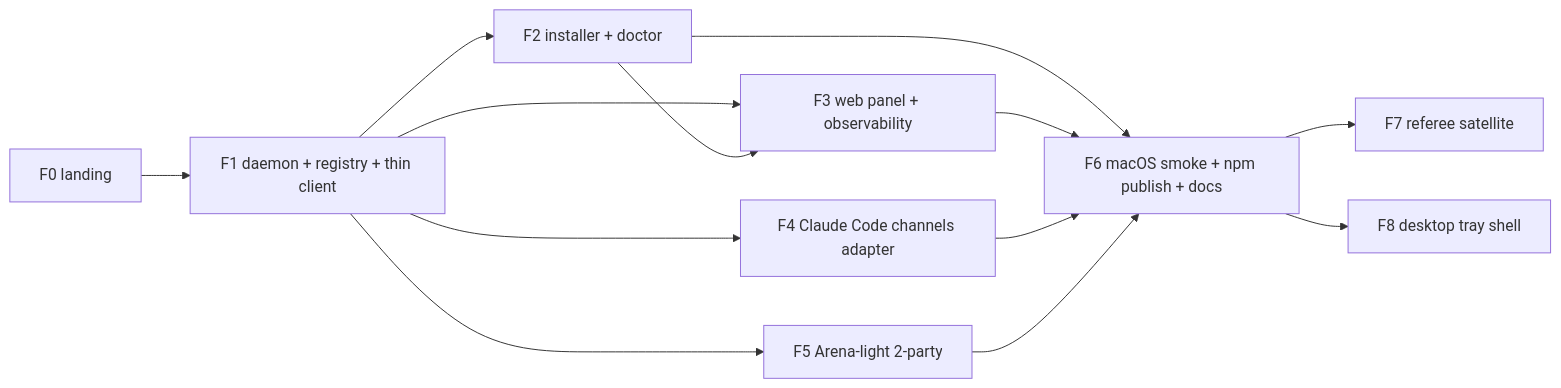
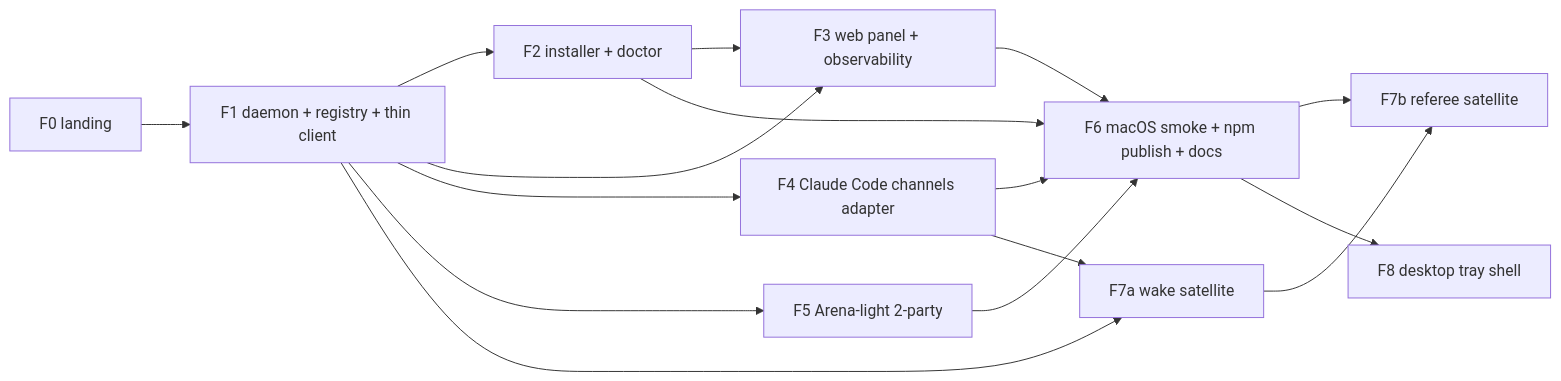
Before and after one commit to agentesinteligentesllm-oss/connmuta: the diagram in docs/07-plan/WORK-PLAN.md, drawn with Mermaid. The commit also changed other lines of this file and 13 other files, not shown here.

First line of the commit message:
docs(governance): sanction the wake satellite and its per-binding ladder (ADR-0032)

````diff
--- a/docs/07-plan/WORK-PLAN.md
+++ b/docs/07-plan/WORK-PLAN.md
@@ -18,15 +18,18 @@
 ```mermaid
 flowchart LR
   F0[F0 landing] --> F1[F1 daemon + registry + thin client]
   F1 --> F2[F2 installer + doctor]
   F1 --> F3[F3 web panel + observability]
   F2 --> F3
   F1 --> F4[F4 Claude Code channels adapter]
   F1 --> F5[F5 Arena-light 2-party]
   F2 --> F6[F6 macOS smoke + npm publish + docs]
   F3 --> F6
   F4 --> F6
   F5 --> F6
-  F6 --> F7[F7 referee satellite]
+  F1 --> F7a[F7a wake satellite]
+  F4 --> F7a
+  F7a --> F7b[F7b referee satellite]
+  F6 --> F7b
   F6 --> F8[F8 desktop tray shell]
 ```
````
